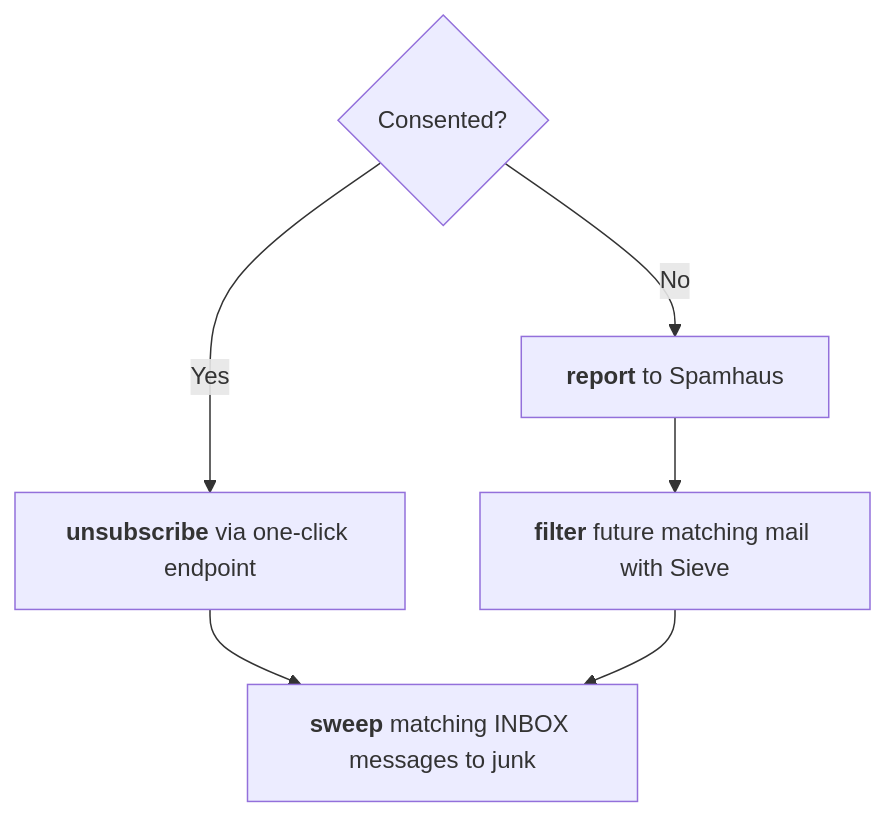
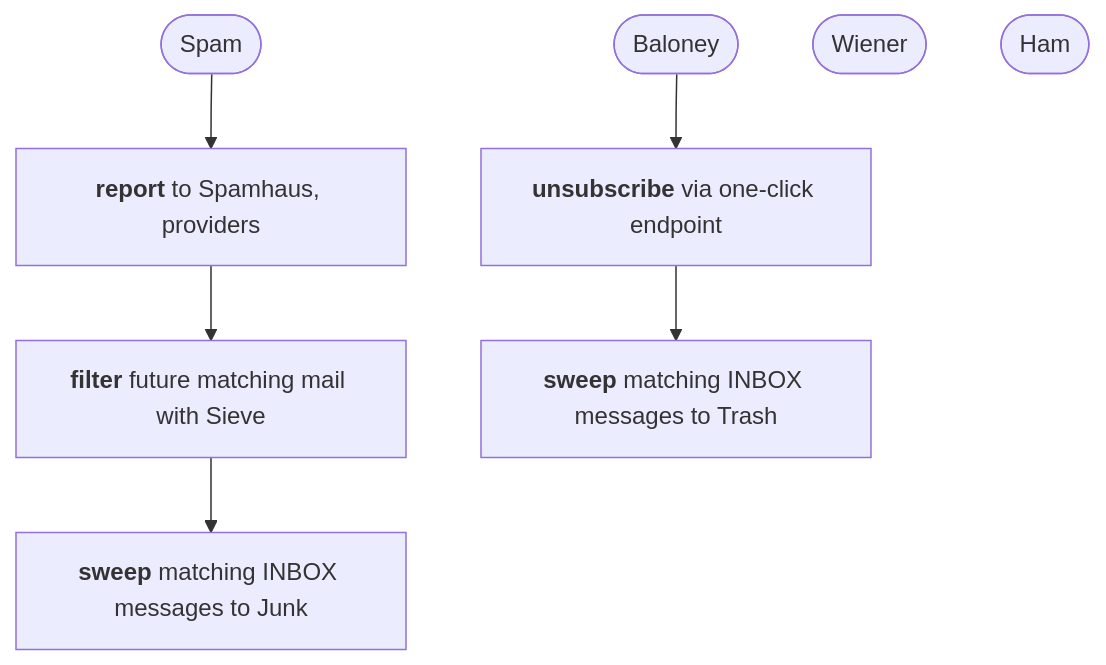
Before and after one commit to biobuddies/spamhammer: the diagram in README.md, drawn with Mermaid. The commit also changed other lines of this file and 14 other files, not shown here.

````diff
--- a/README.md
+++ b/README.md
@@ -1,9 +1,10 @@
 ```mermaid
 flowchart TD
-    consent{Consented?}
-    consent -->|Yes| unsubscribe["`**unsubscribe** via one-click endpoint`"]
-    consent -->|No| report["`**report** to Spamhaus`"]
-    unsubscribe --> sweep["`**sweep** matching INBOX messages to junk`"]
+    spam([Spam]) --> report["`**report** to Spamhaus, providers`"]
     report --> filter["`**filter** future matching mail with Sieve`"]
-    filter --> sweep
+    filter --> junk["`**sweep** matching INBOX messages to Junk`"]
+    baloney([Baloney]) --> unsubscribe["`**unsubscribe** via one-click endpoint`"]
+    unsubscribe --> trash["`**sweep** matching INBOX messages to Trash`"]
+    wiener([Wiener])
+    ham([Ham])
 ```
````
